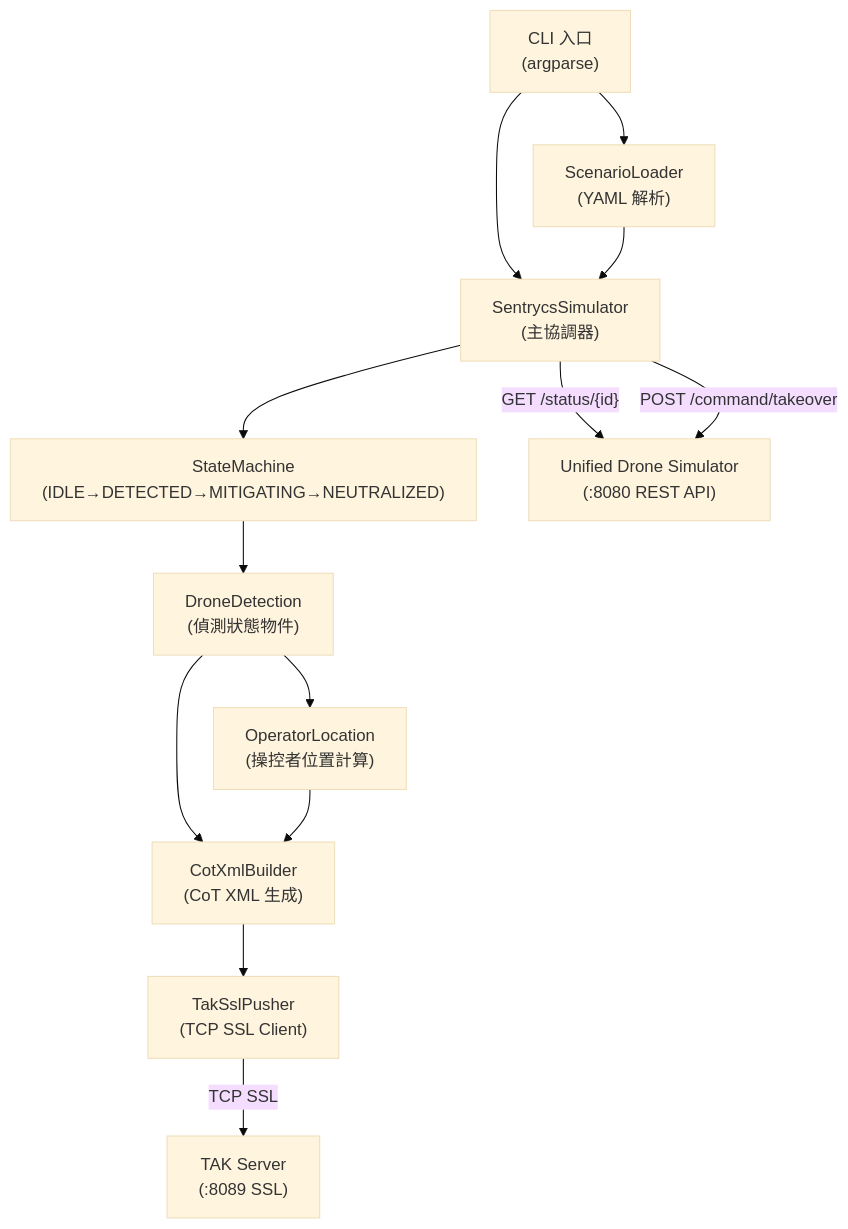
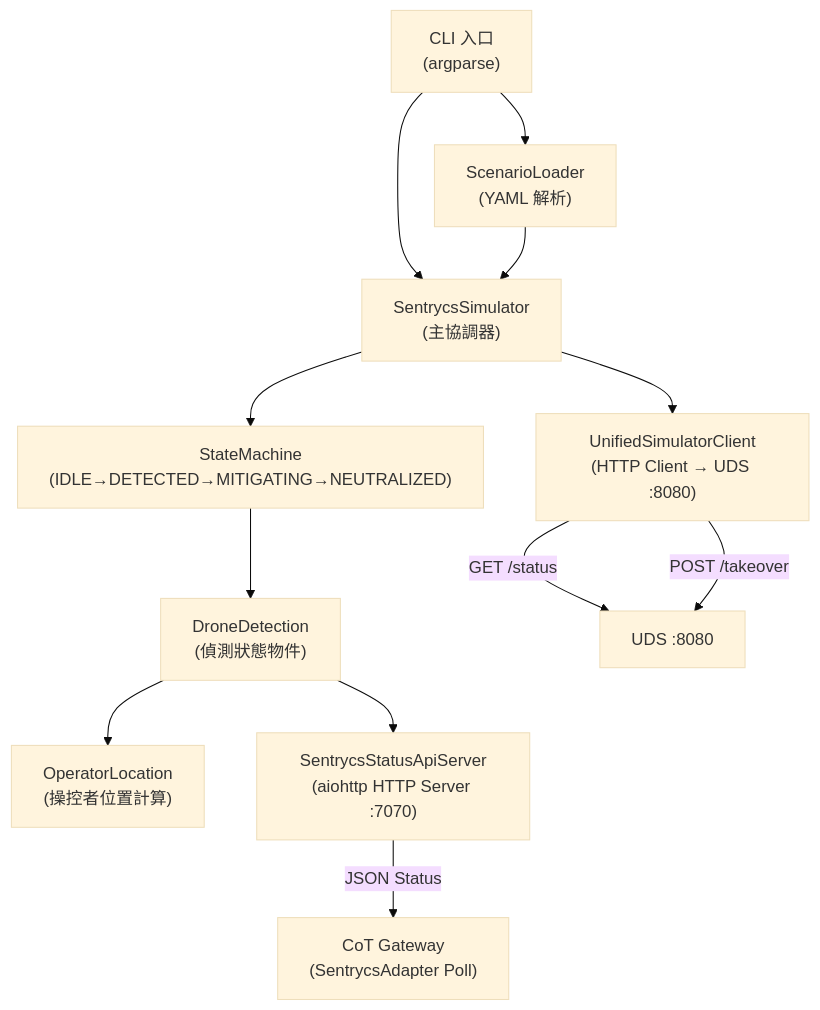
One commit to aplool-tw/cics-tak-demo changed the first of 2 diagrams in docs/system-docs/03-sentrycs-simulator-spec.md. Above: the diagram before and after it, drawn with Mermaid (base theme). The commit also changed other lines of this file and 5 other files, not shown here.

First line of the commit message:
docs(system-docs): route Sentrycs through CoT Gateway for unified data fusion

````diff
--- a/docs/system-docs/03-sentrycs-simulator-spec.md
+++ b/docs/system-docs/03-sentrycs-simulator-spec.md
@@ -82,27 +87,24 @@
 ```mermaid
-
 flowchart TD
     CLI["CLI 入口\n(argparse)"]
     SL["ScenarioLoader\n(YAML 解析)"]
     SIM["SentrycsSimulator\n(主協調器)"]
     SM["StateMachine\n(IDLE→DETECTED→MITIGATING→NEUTRALIZED)"]
     DD["DroneDetection\n(偵測狀態物件)"]
     OL["OperatorLocation\n(操控者位置計算)"]
-    CXB["CotXmlBuilder\n(CoT XML 生成)"]
-    TSP["TakSslPusher\n(TCP SSL Client)"]
-    TAK["TAK Server\n(:8089 SSL)"]
-    UDS["Unified Drone Simulator\n(:8080 REST API)"]
+    UDS_C["UnifiedSimulatorClient\n(HTTP Client → UDS :8080)"]
+    API_SVR["SentrycsStatusApiServer\n(aiohttp HTTP Server :7070)"]
+    GW["CoT Gateway\n(SentrycsAdapter Poll)"]
 
     CLI --> SL
     CLI --> SIM
     SL --> SIM
     SIM --> SM
     SM --> DD
     DD --> OL
-    DD --> CXB
-    OL --> CXB
-    CXB --> TSP
-    TSP -->|TCP SSL| TAK
-    SIM -->|"GET /status/{id}"| UDS
-    SIM -->|"POST /command/takeover"| UDS
+    SIM --> UDS_C
+    UDS_C -->|"GET /status"| UDS["UDS :8080"]
+    UDS_C -->|"POST /takeover"| UDS
+    DD --> API_SVR
+    API_SVR -->|"JSON Status"| GW
 ```
````
